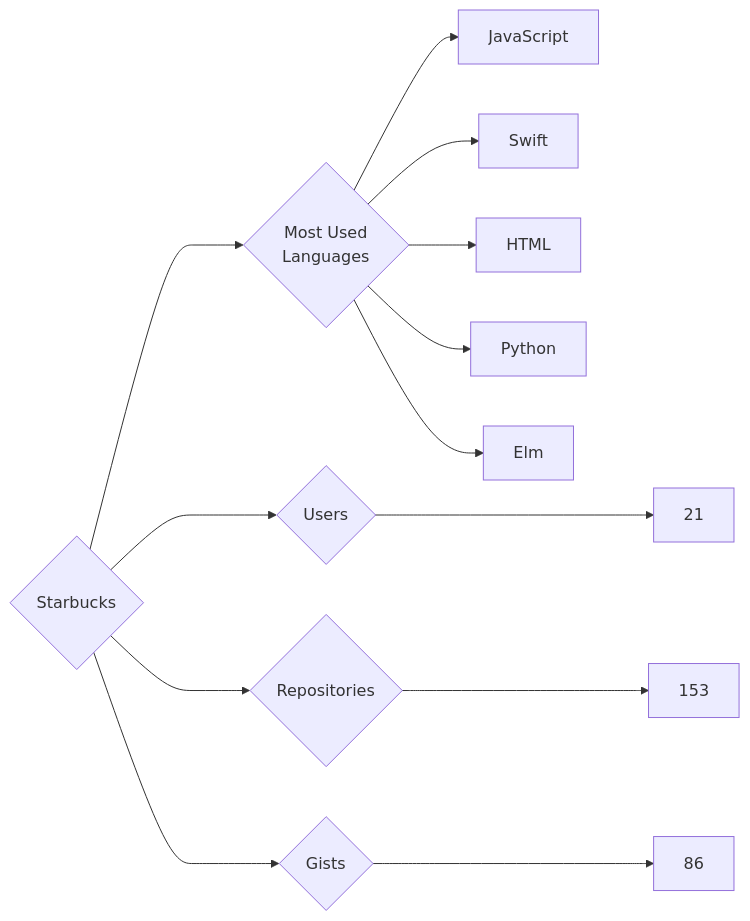
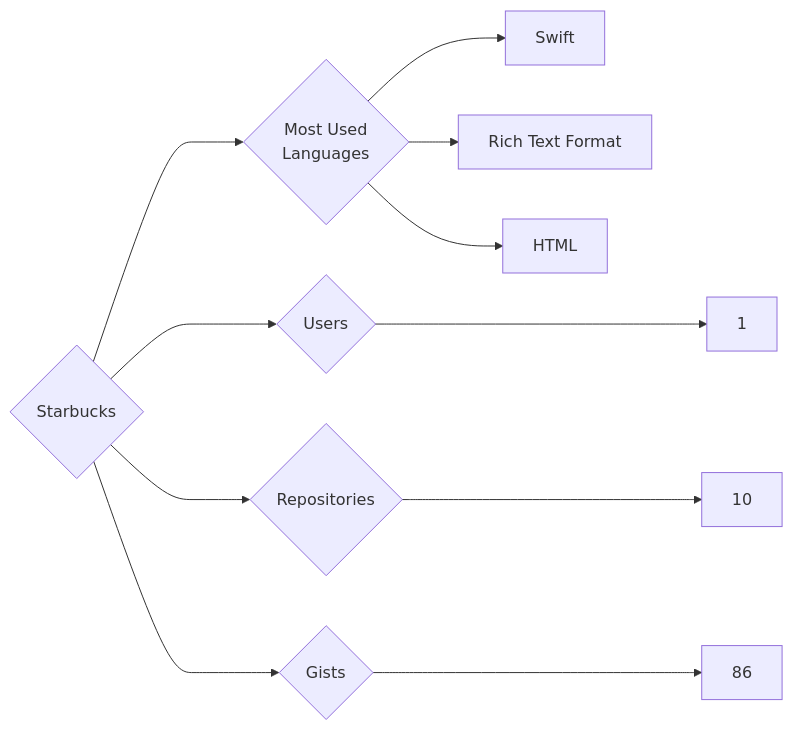
One commit to trickest/insiders changed the diagram in targets/Starbucks/README.md. Above: the diagram before and after it, drawn with Mermaid. The commit also changed 1011 other files, not shown here.

````diff
--- a/targets/Starbucks/README.md
+++ b/targets/Starbucks/README.md
@@ -3,13 +3,11 @@
 ```mermaid
 graph LR
 COMPANY_NAME{Starbucks}
-COMPANY_NAME ---> U{Users} ---> UN[21]
-COMPANY_NAME ---> R{Repositories} ---> RN[153]
+COMPANY_NAME ---> U{Users} ---> UN[1]
+COMPANY_NAME ---> R{Repositories} ---> RN[10]
 COMPANY_NAME ---> G{Gists} ---> GN[86]
 COMPANY_NAME ---> ML{Most Used<br>Languages}
-ML --> JavaScript[JavaScript]
 ML --> Swift[Swift]
+ML --> Rich_Text_Format[Rich Text Format]
 ML --> HTML[HTML]
-ML --> Python[Python]
-ML --> Elm[Elm]
 ```
````
